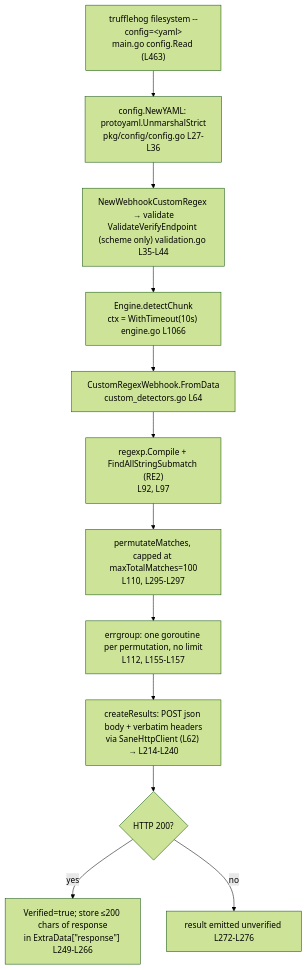
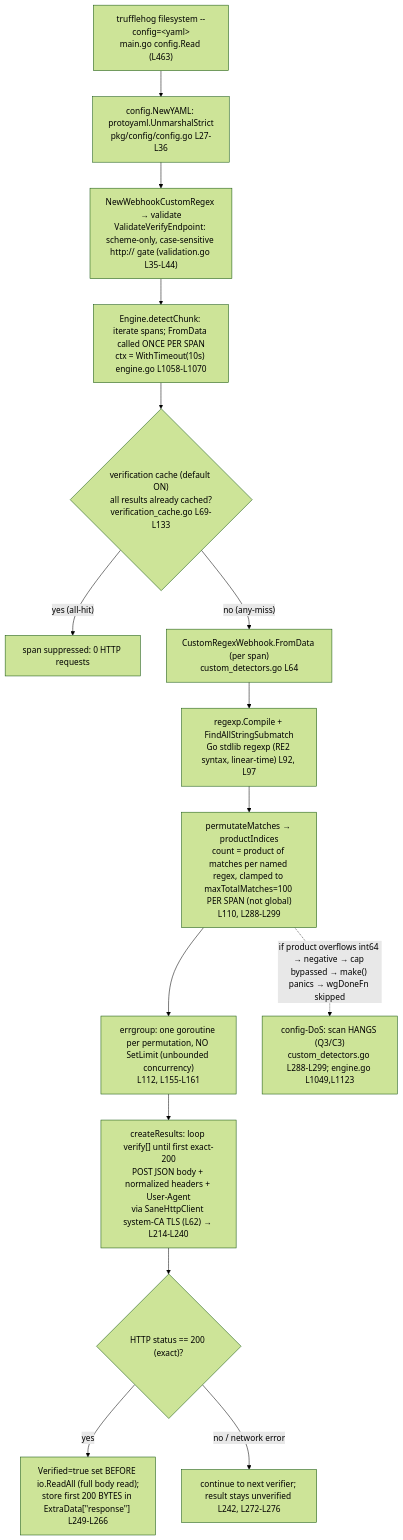
The diagram in blitzy/documentation/trufflehog_e42153d44a5e.md (blitzy-research/trufflehog), drawn with Mermaid (forest theme) before and after one commit. The commit also changed other lines of this file, not shown here.

````diff
--- a/blitzy/documentation/trufflehog_e42153d44a5e.md
+++ b/blitzy/documentation/trufflehog_e42153d44a5e.md
@@ -28,14 +33,17 @@
 ```mermaid
 flowchart TD
     A["trufflehog filesystem --config=&lt;yaml&gt;<br/>main.go config.Read (L463)"] --> B["config.NewYAML: protoyaml.UnmarshalStrict<br/>pkg/config/config.go L27-L36"]
-    B --> C["NewWebhookCustomRegex → validate<br/>ValidateVerifyEndpoint (scheme only) validation.go L35-L44"]
-    C --> D["Engine.detectChunk<br/>ctx = WithTimeout(10s) engine.go L1066"]
-    D --> E["CustomRegexWebhook.FromData<br/>custom_detectors.go L64"]
-    E --> F["regexp.Compile + FindAllStringSubmatch (RE2)<br/>L92, L97"]
-    F --> G["permutateMatches, capped at maxTotalMatches=100<br/>L110, L295-L297"]
-    G --> H["errgroup: one goroutine per permutation, no limit<br/>L112, L155-L157"]
-    H --> I["createResults: POST json body + verbatim headers<br/>via SaneHttpClient (L62) → L214-L240"]
-    I --> J{"HTTP 200?"}
-    J -->|yes| K["Verified=true; store ≤200 chars of response<br/>in ExtraData[&quot;response&quot;] L249-L266"]
-    J -->|no| L["result emitted unverified L272-L276"]
+    B --> C["NewWebhookCustomRegex → validate<br/>ValidateVerifyEndpoint: scheme-only, case-sensitive http:// gate (validation.go L35-L44)"]
+    C --> D["Engine.detectChunk: iterate spans; FromData called ONCE PER SPAN<br/>ctx = WithTimeout(10s) engine.go L1058-L1070"]
+    D --> CACHE{"verification cache (default ON)<br/>all results already cached?<br/>verification_cache.go L69-L133"}
+    CACHE -->|"yes (all-hit)"| SUPP["span suppressed: 0 HTTP requests"]
+    CACHE -->|"no (any-miss)"| E["CustomRegexWebhook.FromData (per span)<br/>custom_detectors.go L64"]
+    E --> F["regexp.Compile + FindAllStringSubmatch<br/>Go stdlib regexp (RE2 syntax, linear-time) L92, L97"]
+    F --> G["permutateMatches → productIndices<br/>count = product of matches per named regex, clamped to maxTotalMatches=100 PER SPAN (not global)<br/>L110, L288-L299"]
+    G --> H["errgroup: one goroutine per permutation, NO SetLimit (unbounded concurrency)<br/>L112, L155-L161"]
+    H --> I["createResults: loop verify[] until first exact-200<br/>POST JSON body + normalized headers + User-Agent<br/>via SaneHttpClient system-CA TLS (L62) → L214-L240"]
+    I --> J{"HTTP status == 200 (exact)?"}
+    J -->|"yes"| K["Verified=true set BEFORE io.ReadAll (full body read);<br/>store first 200 BYTES in ExtraData[&quot;response&quot;] L249-L266"]
+    J -->|"no / network error"| L["continue to next verifier; result stays unverified L242, L272-L276"]
+    G -.->|"if product overflows int64 → negative → cap bypassed → make() panics → wgDoneFn skipped"| X["config-DoS: scan HANGS (Q3/C3)<br/>custom_detectors.go L288-L299; engine.go L1049,L1123"]
 ```
````
